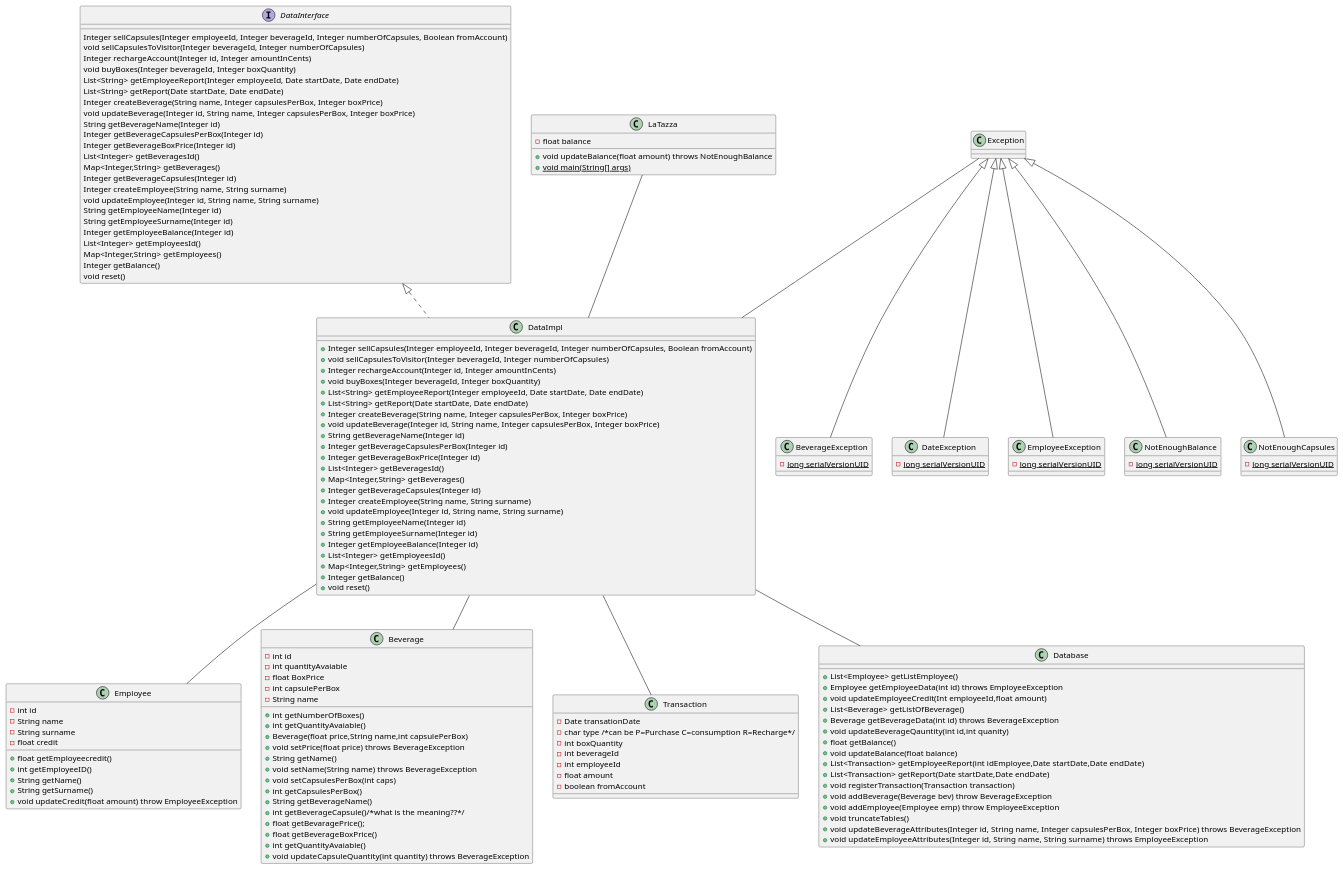
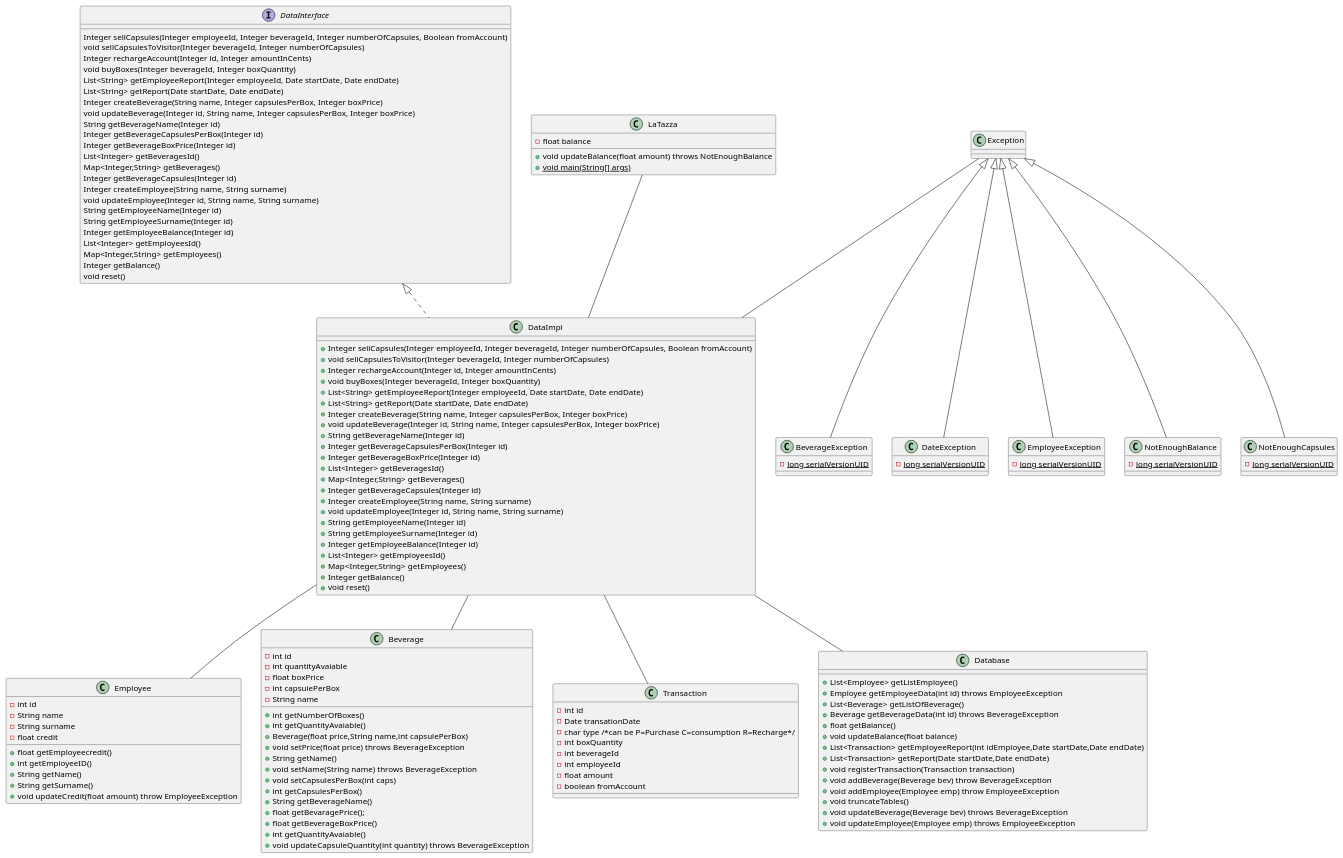
The second of 4 diagrams in templates/DesignDocumentTemplate.md (roypaulin/laTazza), drawn with PlantUML before and after one commit.

Commit message:
fix DesigndocumentTemplate

```diff
--- a/templates/DesignDocumentTemplate.md
+++ b/templates/DesignDocumentTemplate.md
@@ -160,7 +160,7 @@
 class Beverage {
    - int id
    - int quantityAvaiable
-   - float BoxPrice
+   - float boxPrice
    + int getNumberOfBoxes()
    + int getQuantityAvaiable()
    - int capsulePerBox
@@ -172,13 +172,13 @@
    + void setCapsulesPerBox(int caps)
    + int getCapsulesPerBox()
    + String getBeverageName()
-   + int getBeverageCapsule()/*what is the meaning??*/
    + float getBevaragePrice();
    + float getBeverageBoxPrice()
    + int getQuantityAvaiable()
    + void updateCapsuleQuantity(int quantity) throws BeverageException /' the number can be eighter positive (buy capsules) and negative (sell capsules) '/
 }
 class Transaction {
+   - int id
    - Date transationDate
    -char type /*can be P=Purchase C=consumption R=Recharge*/
    -int boxQuantity
@@ -210,10 +210,8 @@
 class Database {
    + List<Employee> getListEmployee()
    + Employee getEmployeeData(int id) throws EmployeeException
-   + void updateEmployeeCredit(Int employeeId,float amount) 
    + List<Beverage> getListOfBeverage()
    + Beverage getBeverageData(int id) throws BeverageException
-   + void updateBeverageQauntity(int id,int quanity) /' save in the db the beverage updated '/
    + float getBalance()
    + void updateBalance(float balance)
    + List<Transaction> getEmployeeReport(int idEmployee,Date startDate,Date endDate)
@@ -222,8 +220,8 @@
    + void addBeverage(Beverage bev) throw BeverageException
    + void addEmployee(Employee emp) throw EmployeeException
    + void truncateTables()
-   + void updateBeverageAttributes(Integer id, String name, Integer capsulesPerBox, Integer boxPrice) throws BeverageException
-   + void updateEmployeeAttributes(Integer id, String name,  String surname) throws EmployeeException
+   + void updateBeverage(Beverage bev) throws BeverageException
+   + void updateEmployee(Employee emp) throws EmployeeException
 		 
 }
 LaTazza -- DataImpl
```
